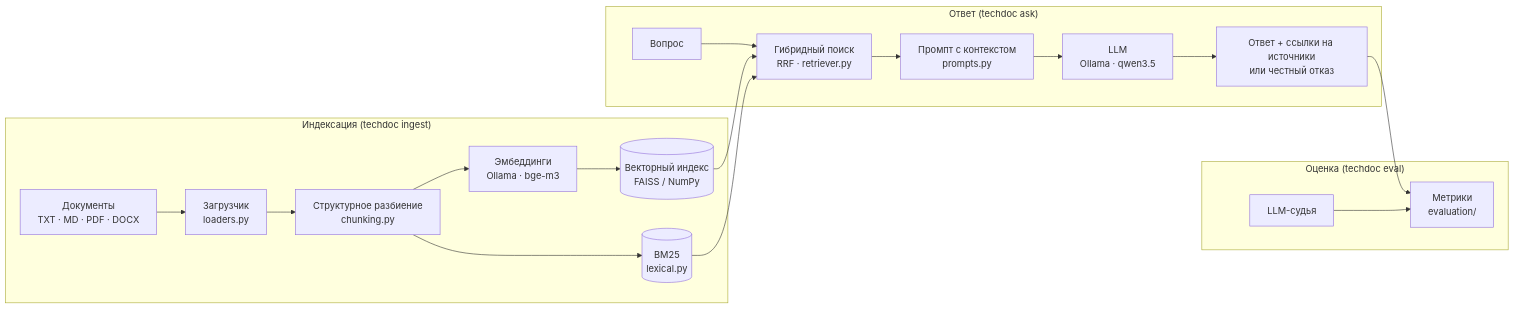
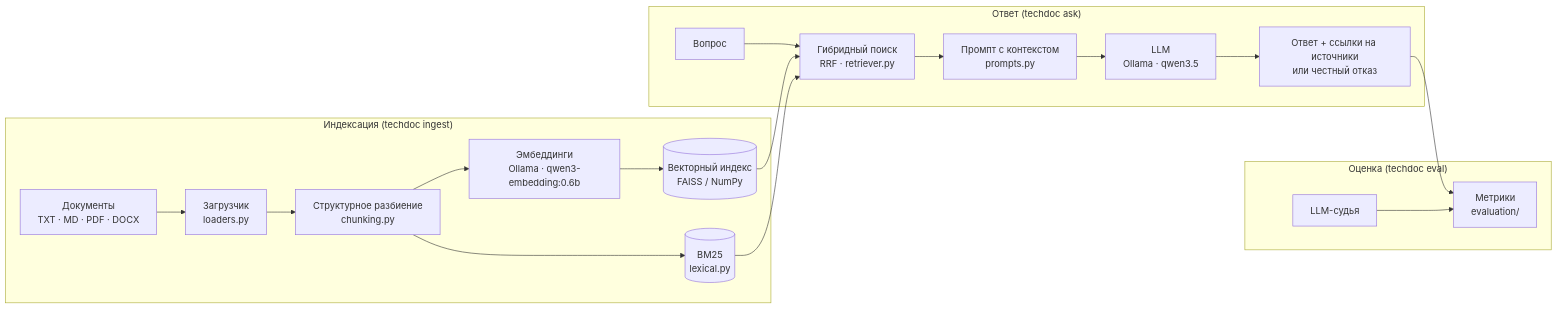
The diagram in docs/architecture.md (Voldemurik/URFU-PROTALANT), drawn with Mermaid before and after one commit.

````diff
--- a/docs/architecture.md
+++ b/docs/architecture.md
@@ -10,24 +10,24 @@
 ```mermaid
 flowchart LR
     subgraph ingest["Индексация (techdoc ingest)"]
         D[Документы<br/>TXT · MD · PDF · DOCX] --> L[Загрузчик<br/>loaders.py]
         L --> C[Структурное разбиение<br/>chunking.py]
-        C --> E[Эмбеддинги<br/>Ollama · bge-m3]
+        C --> E[Эмбеддинги<br/>Ollama · qwen3-embedding:0.6b]
         E --> V[(Векторный индекс<br/>FAISS / NumPy)]
         C --> B[(BM25<br/>lexical.py)]
     end
 
     subgraph ask["Ответ (techdoc ask)"]
         Q[Вопрос] --> R[Гибридный поиск<br/>RRF · retriever.py]
         V --> R
         B --> R
         R --> P[Промпт с контекстом<br/>prompts.py]
         P --> M[LLM<br/>Ollama · qwen3.5]
         M --> A[Ответ + ссылки на источники<br/>или честный отказ]
     end
 
     subgraph eval["Оценка (techdoc eval)"]
         A --> X[Метрики<br/>evaluation/]
         J[LLM-судья] --> X
     end
 ```
````
